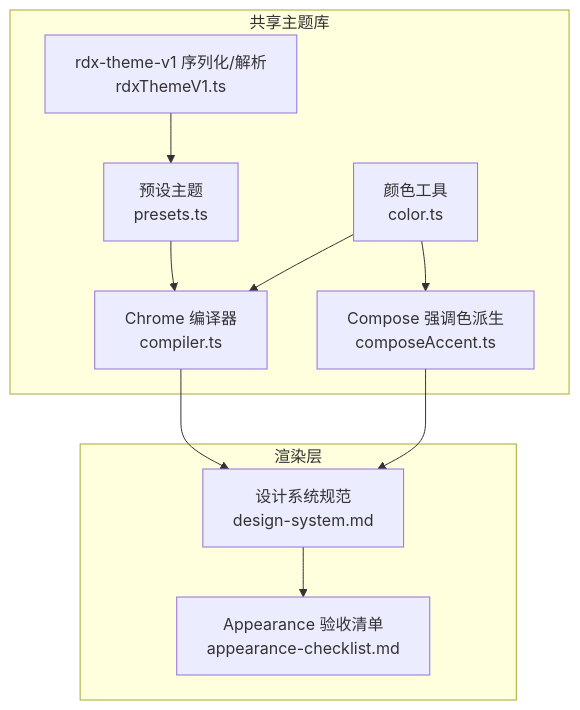
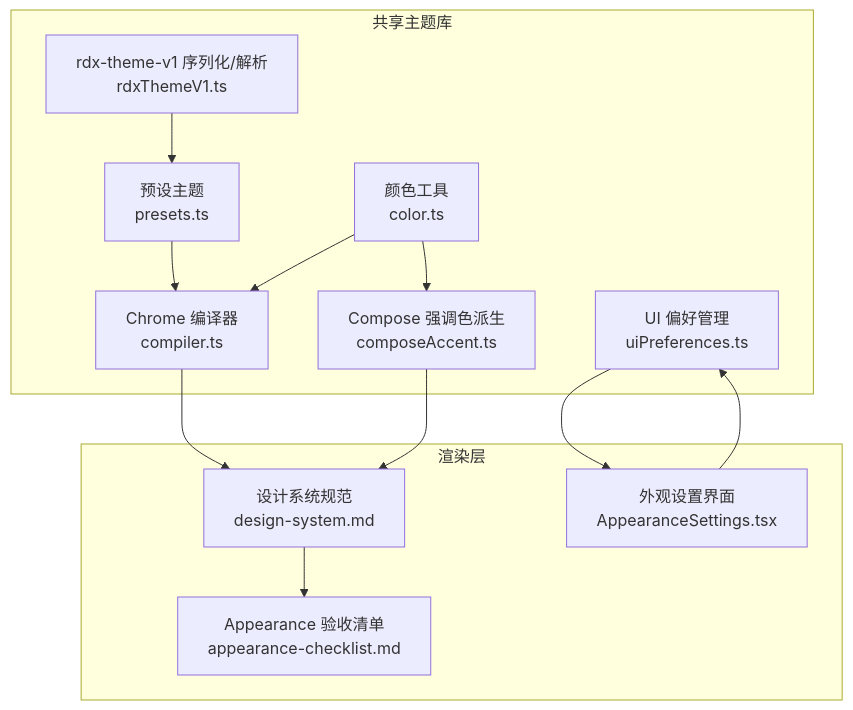
One commit to haolange/RDC-Agent changed the first of 3 diagrams in .qoder/repowiki/zh/content/用户界面/设置面板/外观设置.md. Above: the diagram before and after it, drawn with Mermaid. The commit also changed other lines of this file and 208 other files, not shown here.

````diff
--- a/.qoder/repowiki/zh/content/用户界面/设置面板/外观设置.md
+++ b/.qoder/repowiki/zh/content/用户界面/设置面板/外观设置.md
@@ -36,21 +46,25 @@
 ```mermaid
 graph TB
 subgraph "共享主题库"
 P["预设主题<br/>presets.ts"]
 C["颜色工具<br/>color.ts"]
 K["Chrome 编译器<br/>compiler.ts"]
 A["Compose 强调色派生<br/>composeAccent.ts"]
 V["rdx-theme-v1 序列化/解析<br/>rdxThemeV1.ts"]
+U["UI 偏好管理<br/>uiPreferences.ts"]
 end
 subgraph "渲染层"
 DS["设计系统规范<br/>design-system.md"]
 AC["Appearance 验收清单<br/>appearance-checklist.md"]
+AS["外观设置界面<br/>AppearanceSettings.tsx"]
 end
 P --> K
 C --> K
 C --> A
 V --> P
+U --> AS
 K --> DS
 A --> DS
 DS --> AC
+AS --> U
 ```
````
